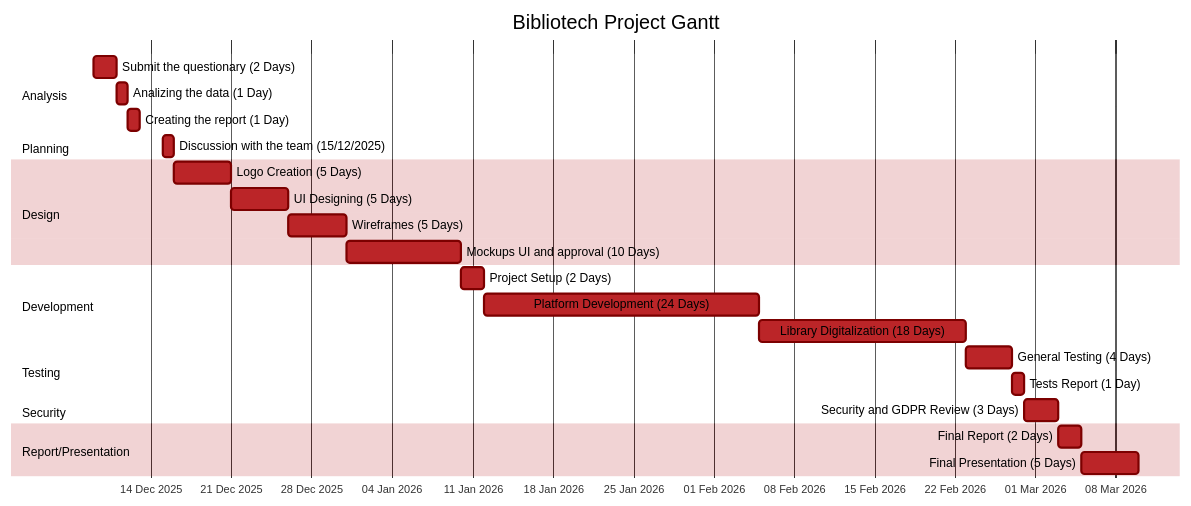
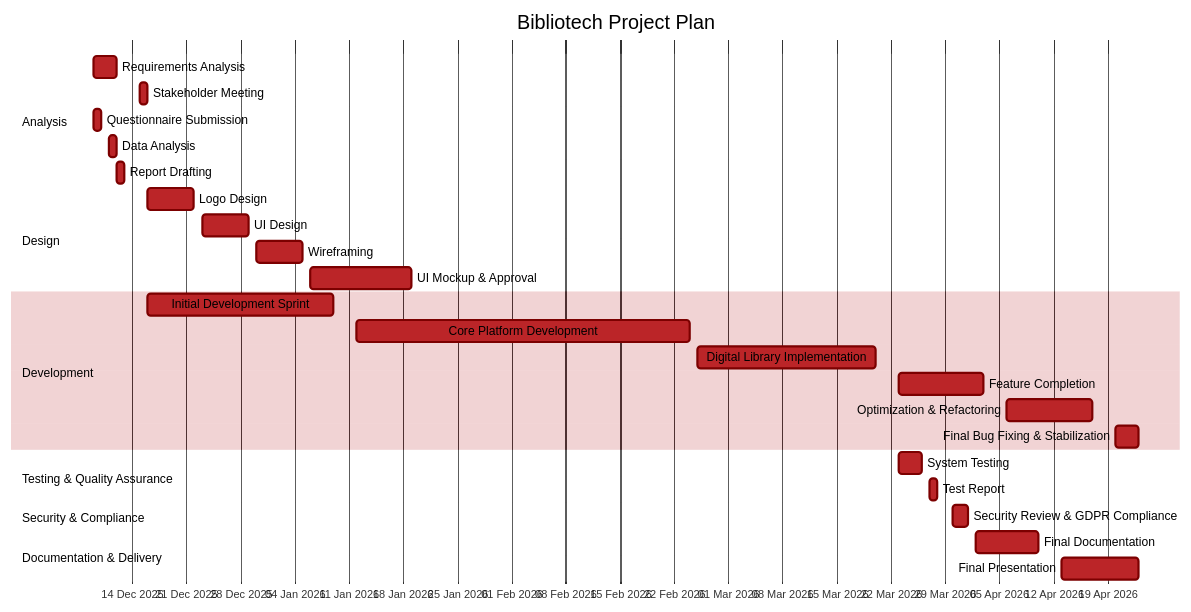
The diagram in docs/Bibliotech.mermaid (ErBeso7/Bibliotech-GANTT), drawn with Mermaid before and after one commit.

Commit message:
Update Bibliotech project Gantt chart structure
Revised the Gantt chart in docs/Bibliotech.mermaid to use ISO date format, reorganized project phases, updated task names, and adjusted timelines for improved clarity and alignment with project planning best practices.

```diff
--- a/docs/Bibliotech.mermaid
+++ b/docs/Bibliotech.mermaid
@@ -1,46 +1,48 @@
 ---
 config:
   theme: 'base'
   themeVariables:
     primaryColor: '#BB2528'
     primaryTextColor: '#000'
     primaryBorderColor: '#7C0000'
     lineColor: '#F8B229'
     secondaryColor: '#006100'
     tertiaryColor: '#fff'
 ---
 
 gantt
-    title Bibliotech Project Gantt
-    dateFormat  DD-MM-YYYY
+    title Bibliotech Project Plan
+    dateFormat  YYYY-MM-DD
     axisFormat  %d %b %Y
 
     section Analysis
-    Submit the questionary (2 Days)         :a1, 09-12-2025, 2d
-    Analizing the data (1 Day)              :a2, after a1, 1d
-    Creating the report (1 Day)             :a3, after a2, 1d
-
-    section Planning 
-    Discussion with the team (15/12/2025)   :a4, 15-12-2025, 1d
+    Requirements Analysis                : 2025-12-09, 2025-12-12
+    Stakeholder Meeting                  : 2025-12-15, 1d
+    Questionnaire Submission             : 2025-12-09, 2025-12-10
+    Data Analysis                        : 2025-12-11, 2025-12-12
+    Report Drafting                      : 2025-12-12, 1d
 
     section Design
-    Logo Creation (5 Days)                  :b0, after a4, 5d
-    UI Designing (5 Days)                   :b1, after b0, 5d
-    Wireframes (5 Days)                     :b2, after b1, 5d
-    Mockups UI and approval (10 Days)       :b3, after b2, 10d
+    Logo Design                          : 2025-12-16, 2025-12-22
+    UI Design                            : 2025-12-23, 2025-12-29
+    Wireframing                          : 2025-12-30, 2026-01-05
+    UI Mockup & Approval                 : 2026-01-06, 2026-01-19
 
     section Development
-    Project Setup (2 Days)                  :c1, after b3, 2d
-    Platform Development (24 Days)          :c2, after c1, 24d
-    Library Digitalization (18 Days)        :c3, after c2, 18d
+    Initial Development Sprint           : 2025-12-16, 2026-01-09
+    Core Platform Development            : 2026-01-12, 2026-02-24
+    Digital Library Implementation       : 2026-02-25, 2026-03-20
+    Feature Completion                   : 2026-03-23, 2026-04-03
+    Optimization & Refactoring           : 2026-04-06, 2026-04-17
+    Final Bug Fixing & Stabilization     : 2026-04-20, 2026-04-23
 
-    section Testing
-    General Testing (4 Days)                :d1, after c3, 4d
-    Tests Report (1 Day)                    :d2, after d1, 1d
+    section Testing & Quality Assurance
+    System Testing                       : 2026-03-23, 2026-03-26
+    Test Report                          : 2026-03-27, 1d
 
-    section Security
-    Security and GDPR Review (3 Days)       :s1, after d2, 3d
+    section Security & Compliance
+    Security Review & GDPR Compliance    : 2026-03-30, 2026-04-01
 
-    section Report/Presentation
-    Final Report (2 Days)                   :e1, after s1, 2d
-    Final Presentation (5 Days)             :e2, after e1, 5d
+    section Documentation & Delivery
+    Final Documentation                 : 2026-04-02, 2026-04-10
+    Final Presentation                  : 2026-04-13, 2026-04-23
```
